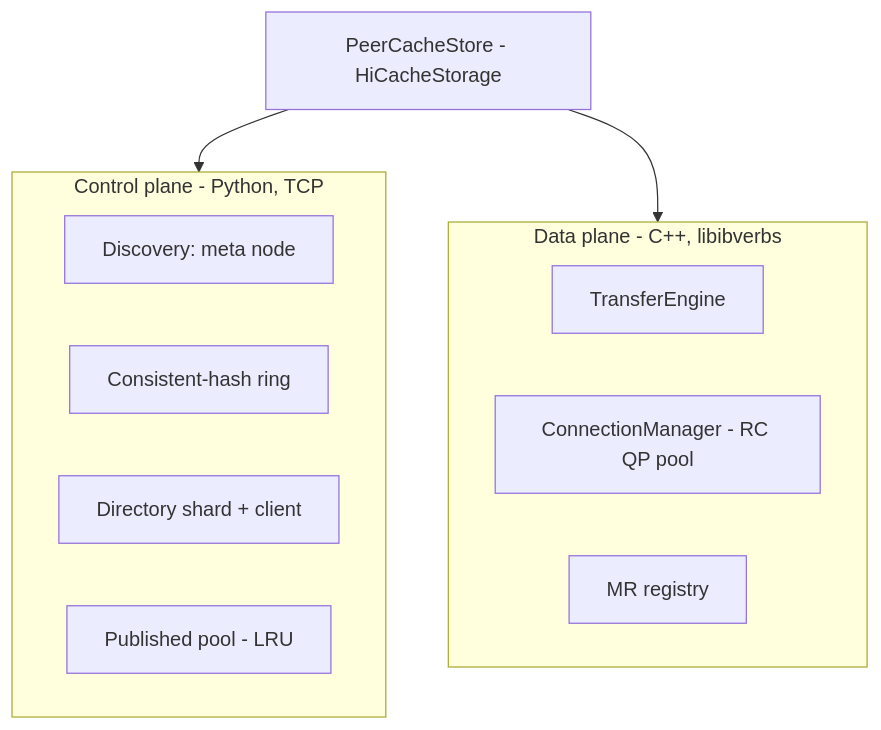
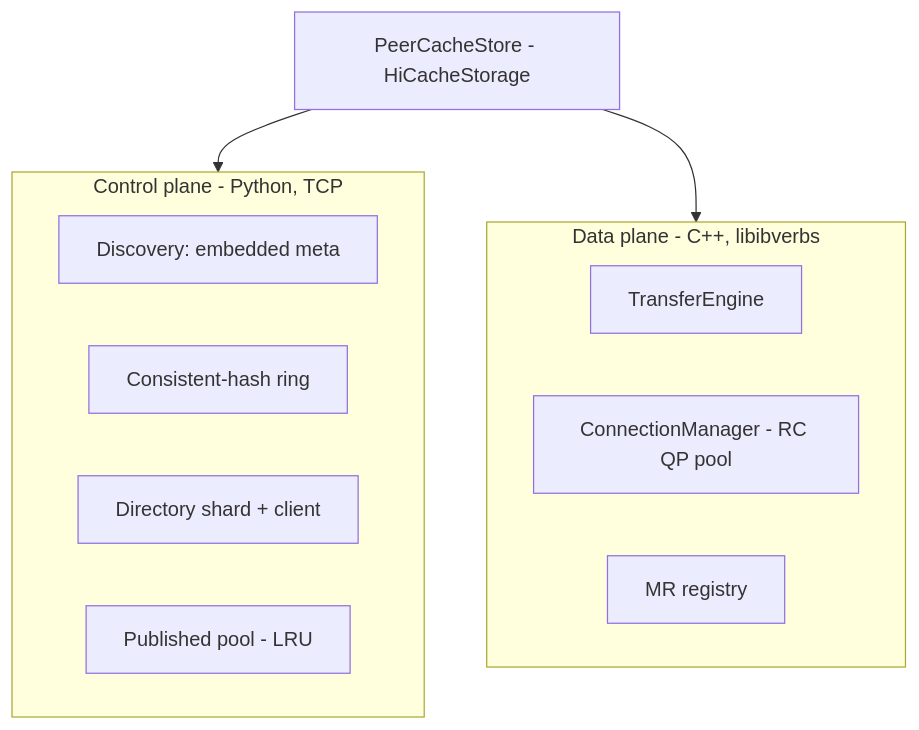
Before and after one commit to flymysql/PeerCache: the first of 3 diagrams in docs/architecture.md, drawn with Mermaid. The commit also changed other lines of this file and 18 other files, not shown here.

First line of the commit message:
feat: embedded meta service + bilingual (EN/中文) docs

````diff
--- a/docs/architecture.md
+++ b/docs/architecture.md
@@ -6,16 +6,16 @@
 ```mermaid
 flowchart TB
     subgraph cp [Control plane - Python, TCP]
-      DISC[Discovery: meta node]
+      DISC[Discovery: embedded meta]
       RING[Consistent-hash ring]
       DIR[Directory shard + client]
       POOL[Published pool - LRU]
     end
     subgraph dp [Data plane - C++, libibverbs]
       TE[TransferEngine]
       CM[ConnectionManager - RC QP pool]
       MR[MR registry]
     end
     STORE[PeerCacheStore - HiCacheStorage] --> cp
     STORE --> dp
 ```
````
